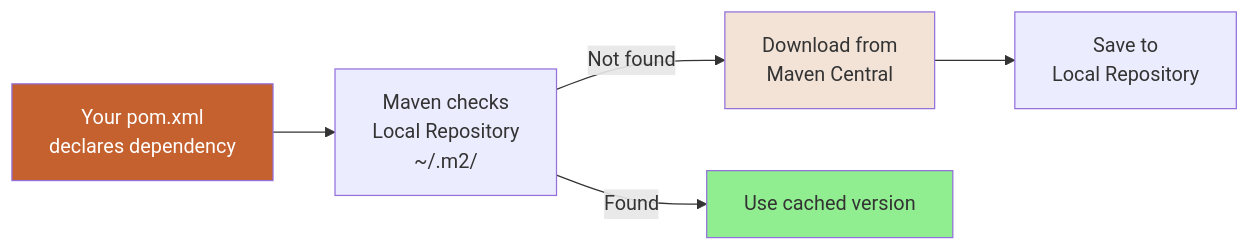
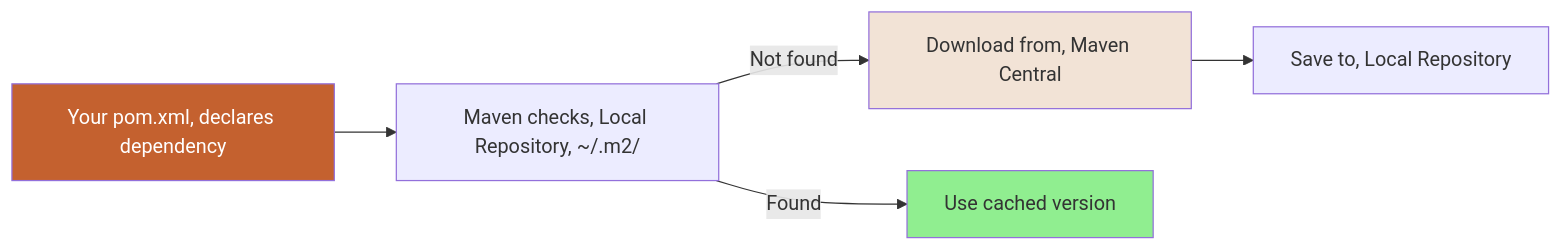
The seventh of 7 diagrams in 03-maven-build-tool.md (namnd0806/automation-testing-cource), drawn with Mermaid before and after one commit. The commit also changed other lines of this file and 4 other files, not shown here.

First line of the commit message:
Fix: Sửa tất cả sơ đồ Mermaid lỗi format

````diff
--- a/03-maven-build-tool.md
+++ b/03-maven-build-tool.md
@@ -650,16 +650,16 @@
 ```mermaid
 graph LR
-    A[Your pom.xml<br/>declares dependency]
+    A[Your pom.xml, declares dependency]
     
-    A --> B[Maven checks<br/>Local Repository<br/>~/.m2/]
+    A --> B[Maven checks, Local Repository, ~/.m2/]
     
-    B -->|Not found| C[Download from<br/>Maven Central]
+    B -->|Not found| C[Download from, Maven Central]
     
-    C --> D[Save to<br/>Local Repository]
+    C --> D[Save to, Local Repository]
     
     B -->|Found| E[Use cached version]
     
     style A fill:#C4612F,color:#fff
     style C fill:#F2E3D6
     style E fill:#90EE90
 ```
````
